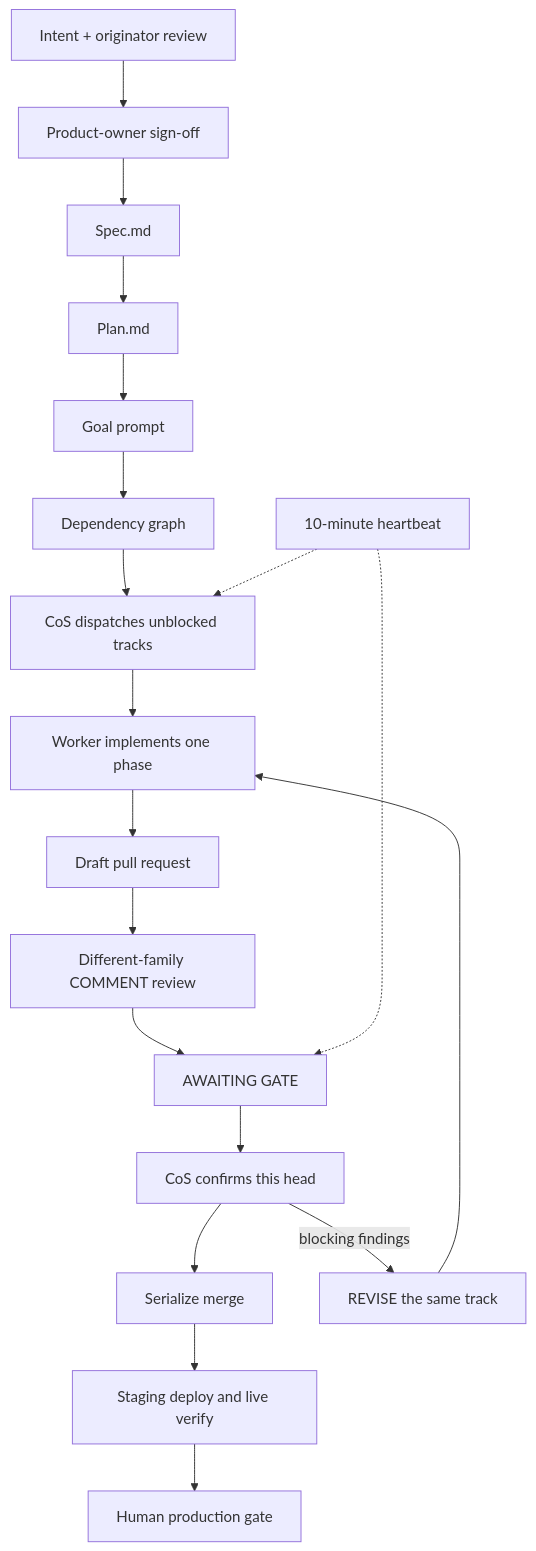
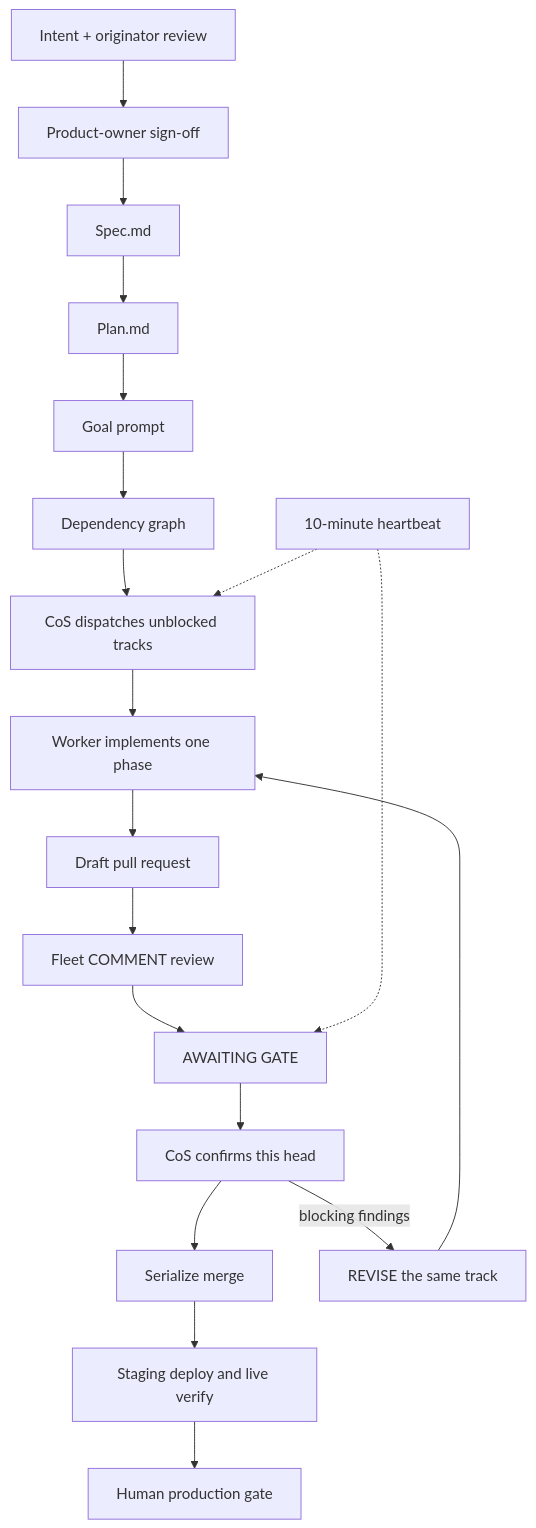
One commit to cortex-mesh/controller-playbook changed the diagram in README.md. Above: the diagram before and after it, drawn with Mermaid. The commit also changed other lines of this file and 23 other files, not shown here.

````diff
--- a/README.md
+++ b/README.md
@@ -25,21 +25,21 @@
 ```mermaid
 flowchart TD
   Intent[Intent + originator review] --> PO[Product-owner sign-off]
   PO --> Spec[Spec.md]
   Spec --> Plan[Plan.md]
   Plan --> Goal[Goal prompt]
   Goal --> Graph[Dependency graph]
   Graph --> Dispatch[CoS dispatches unblocked tracks]
   Dispatch --> Work[Worker implements one phase]
   Work --> Draft[Draft pull request]
-  Draft --> Review[Different-family COMMENT review]
+  Draft --> Review[Fleet COMMENT review]
   Review --> Await[AWAITING GATE]
   Await --> CosGate[CoS confirms this head]
   CosGate --> Merge[Serialize merge]
   Merge --> Staging[Staging deploy and live verify]
   Staging --> Human[Human production gate]
   CosGate -->|blocking findings| Revise[REVISE the same track]
   Revise --> Work
   Beat[10-minute heartbeat] -.-> Dispatch
   Beat -.-> Await
 ```
````
